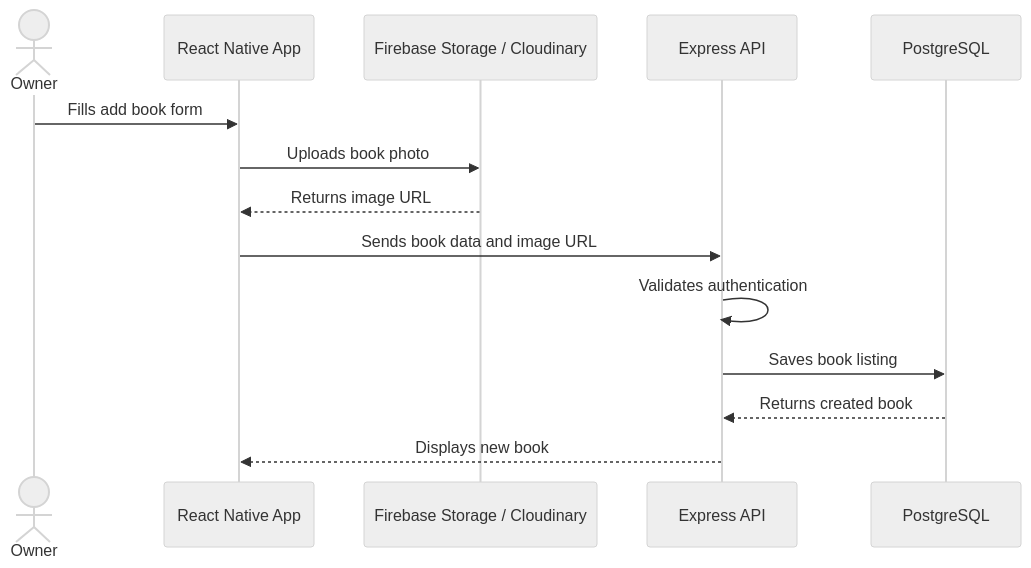
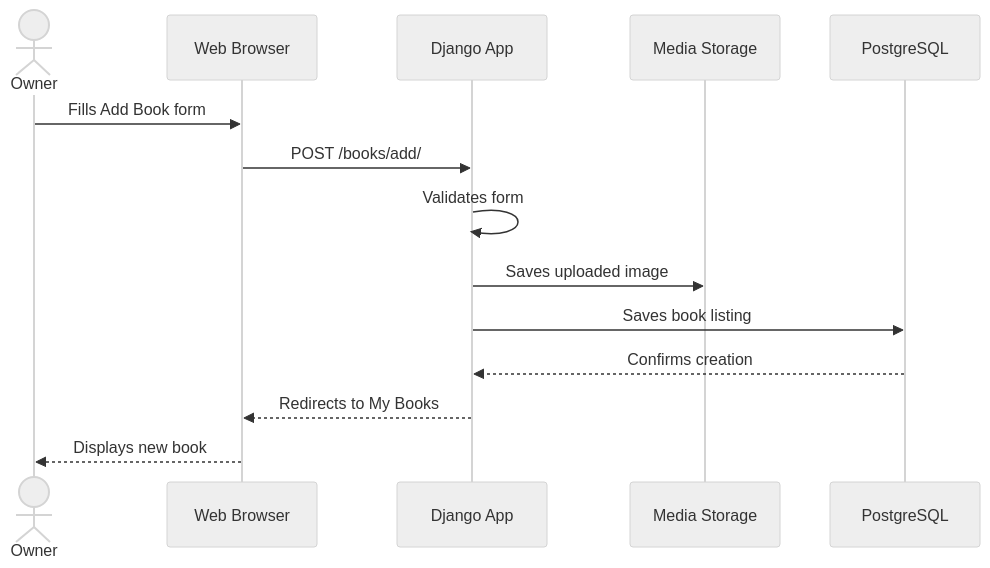
The fifth of 9 diagrams in README.md (Handroc/Livract-project), drawn with Mermaid (neutral theme) before and after one commit. The commit also changed other lines of this file, not shown here.

````diff
--- a/README.md
+++ b/README.md
@@ -299,17 +525,17 @@
 ```mermaid
 sequenceDiagram
     actor Owner
-    participant App as React Native App
-    participant Storage as Firebase Storage / Cloudinary
-    participant API as Express API
+    participant Browser as Web Browser
+    participant Django as Django App
+    participant Storage as Media Storage
     participant DB as PostgreSQL
 
-    Owner->>App: Fills add book form
-    App->>Storage: Uploads book photo
-    Storage-->>App: Returns image URL
-    App->>API: Sends book data and image URL
-    API->>API: Validates authentication
-    API->>DB: Saves book listing
-    DB-->>API: Returns created book
-    API-->>App: Displays new book
+    Owner->>Browser: Fills Add Book form
+    Browser->>Django: POST /books/add/
+    Django->>Django: Validates form
+    Django->>Storage: Saves uploaded image
+    Django->>DB: Saves book listing
+    DB-->>Django: Confirms creation
+    Django-->>Browser: Redirects to My Books
+    Browser-->>Owner: Displays new book
 ```
````
